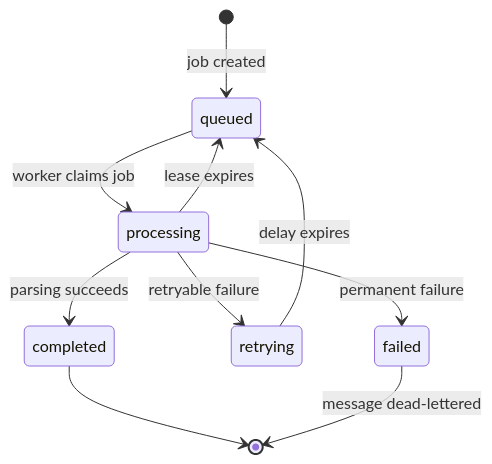
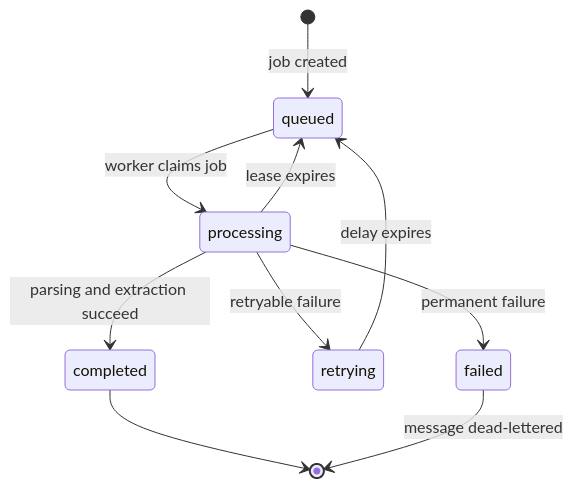
Before and after one commit to cv-parser-team/Backend: the third of 4 diagrams in docs/modules/document-processing.md, drawn with Mermaid. The commit also changed other lines of this file and 29 other files, not shown here.

````diff
--- a/docs/modules/document-processing.md
+++ b/docs/modules/document-processing.md
@@ -131,12 +131,12 @@
 ```mermaid
 stateDiagram-v2
     [*] --> queued: job created
     queued --> processing: worker claims job
-    processing --> completed: parsing succeeds
+    processing --> completed: parsing and extraction succeed
     processing --> retrying: retryable failure
     retrying --> queued: delay expires
     processing --> queued: lease expires
     processing --> failed: permanent failure
     completed --> [*]
     failed --> [*]: message dead-lettered
 ```
````
